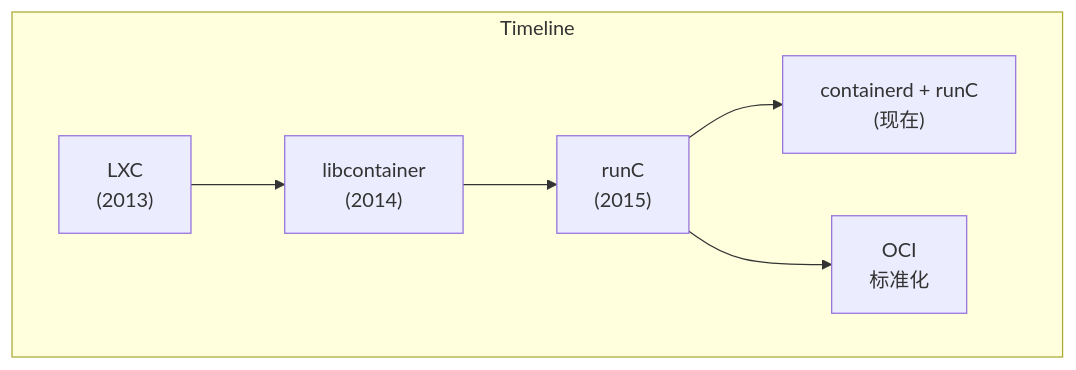
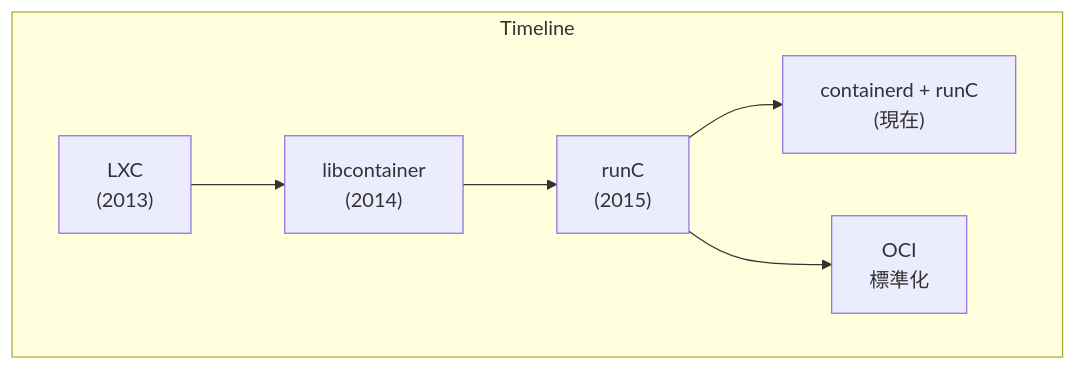
The third of 3 diagrams in 01_introduction/1.2_what.md (doggy8088/docker_practice), drawn with Mermaid before and after one commit. The commit also changed other lines of this file and 211 other files, not shown here.

````diff
--- a/01_introduction/1.2_what.md
+++ b/01_introduction/1.2_what.md
@@ -86,10 +86,10 @@
 ```mermaid
 flowchart LR
     subgraph Timeline
         direction LR
         LXC["LXC<br/>(2013)"] --> libcontainer["libcontainer<br/>(2014)"]
         libcontainer --> runC["runC<br/>(2015)"]
-        runC --> containerd["containerd + runC<br/>(现在)"]
-        runC --> OCI["OCI<br/>标准化"]
+        runC --> containerd["containerd + runC<br/>(現在)"]
+        runC --> OCI["OCI<br/>標準化"]
     end
 ```
````
